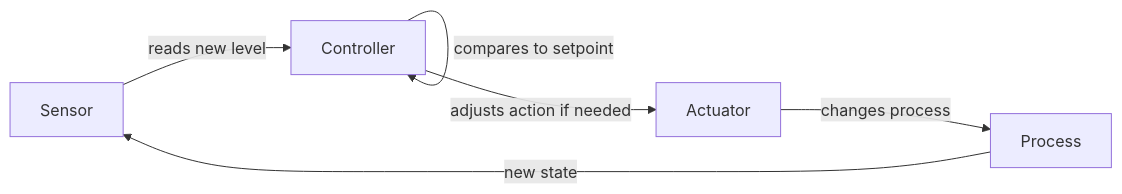
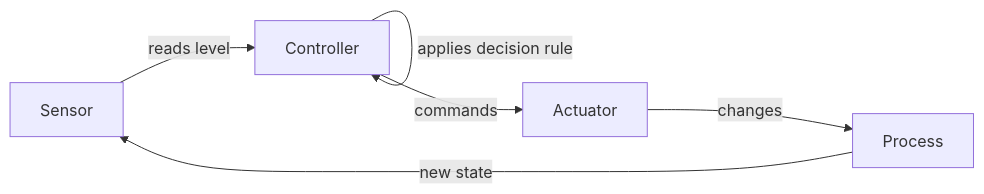
One commit to deepurforge/industrial-automation-from-first-principles changed the third of 4 diagrams in 01-fundamentals/01-what-is-industrial-automation.md. Above: the diagram before and after it, drawn with Mermaid. The commit also changed other lines of this file, not shown here.

````diff
--- a/01-fundamentals/01-what-is-industrial-automation.md
+++ b/01-fundamentals/01-what-is-industrial-automation.md
@@ -192,8 +152,8 @@
 ```mermaid
 flowchart LR
-    Sensor -->|reads new level| Controller
-    Controller -->|compares to setpoint| Controller
-    Controller -->|adjusts action if needed| Actuator
-    Actuator -->|changes process| Process
+    Sensor -->|reads level| Controller
+    Controller -->|applies decision rule| Controller
+    Controller -->|commands| Actuator
+    Actuator -->|changes| Process
     Process -->|new state| Sensor
 ```
````
